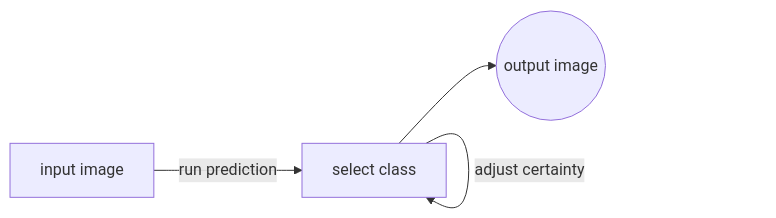
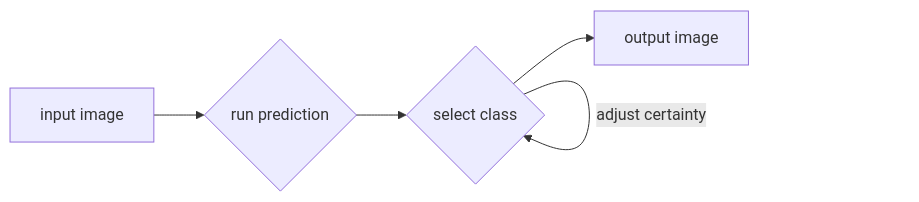
The diagram in GUI/README.md (ForMaLTeC/RifNet2), drawn with Mermaid before and after one commit.

Commit message:
README update

````diff
--- a/GUI/README.md
+++ b/GUI/README.md
@@ -7,6 +7,7 @@
 ```mermaid
 graph LR
-A[input image] -- run prediction --> B[select class]
-B[choose an image] -- adjust certainty --> B[select class]
-B --> D((output image))
+A[input image] --> B{run prediction} 
+B  --> C{select class}
+C -- adjust certainty --> C
+C --> D[output image]
 ```
````
